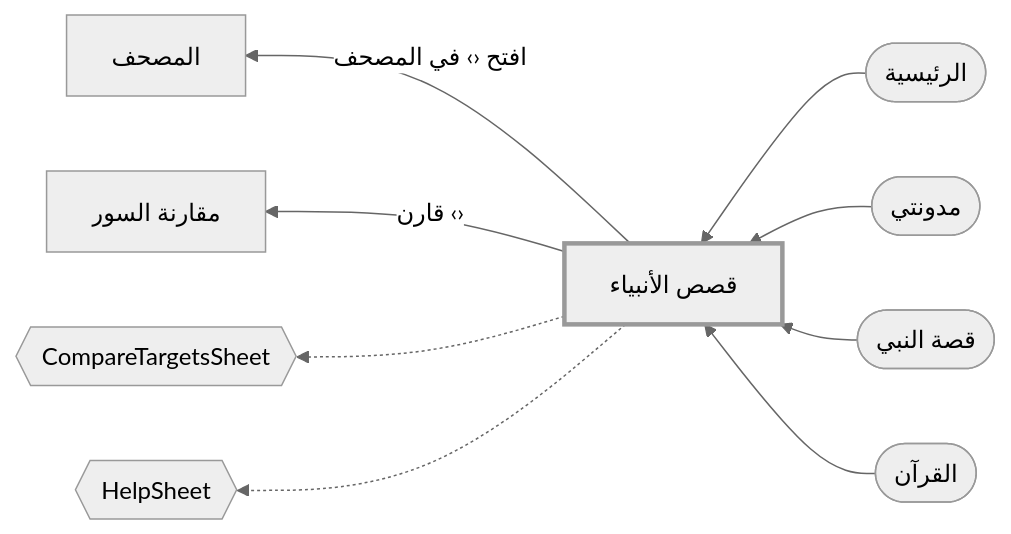
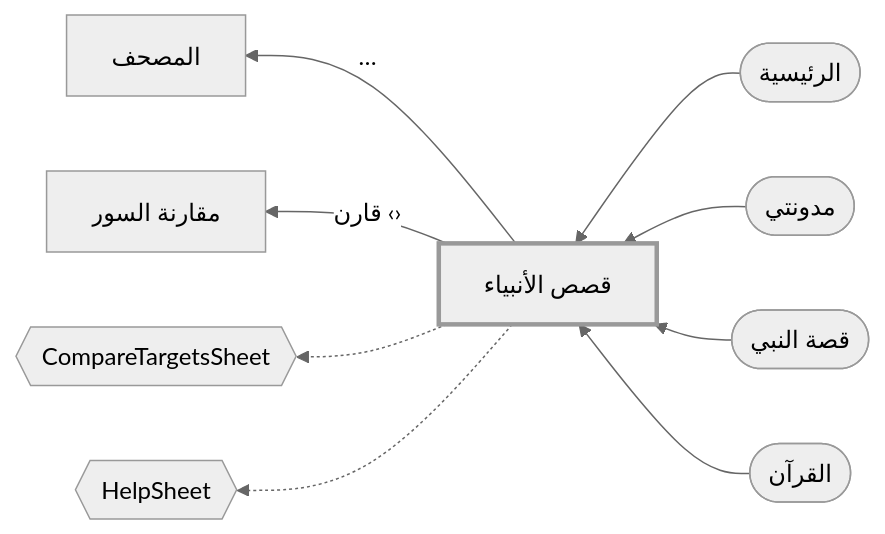
The diagram in docs/feature-map/prophets.md (msskzx/namaq), drawn with Mermaid (neutral theme) before and after one commit. The commit also changed other lines of this file and 24 other files, not shown here.

````diff
--- a/docs/feature-map/prophets.md
+++ b/docs/feature-map/prophets.md
@@ -5,13 +5,13 @@
 ```mermaid
 flowchart RL
   me["قصص الأنبياء"]
   style me stroke-width:3px
   in0(["الرئيسية"]) --> me
   in1(["مدونتي"]) --> me
   in2(["قصة النبي"]) --> me
   in3(["القرآن"]) --> me
-  me -- "افتح ‹› في المصحف" --> out0["المصحف"]
+  me -- "…" --> out0["المصحف"]
   me -- "قارن ‹›" --> out1["مقارنة السور"]
   me -.-> sheet0{{"CompareTargetsSheet"}}
   me -.-> sheet1{{"HelpSheet"}}
 ```
````
